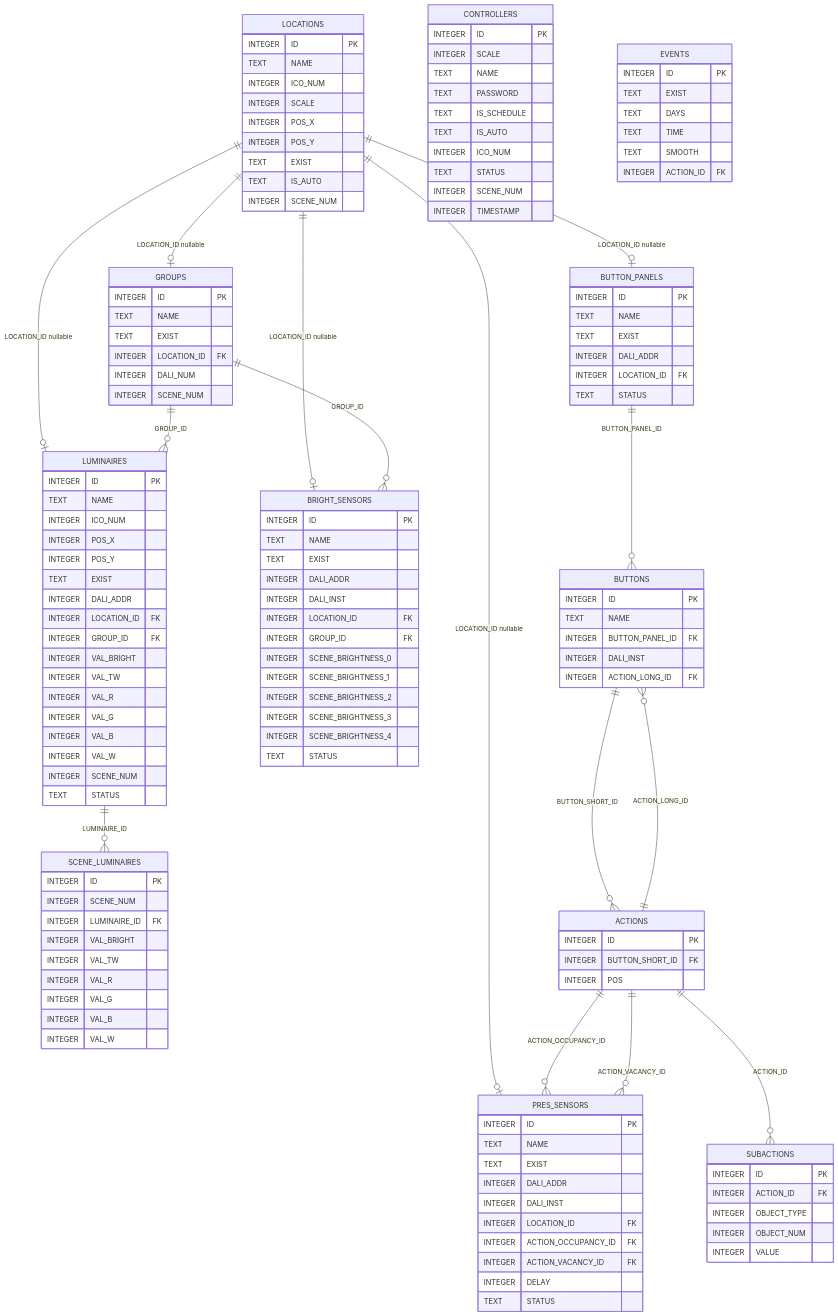
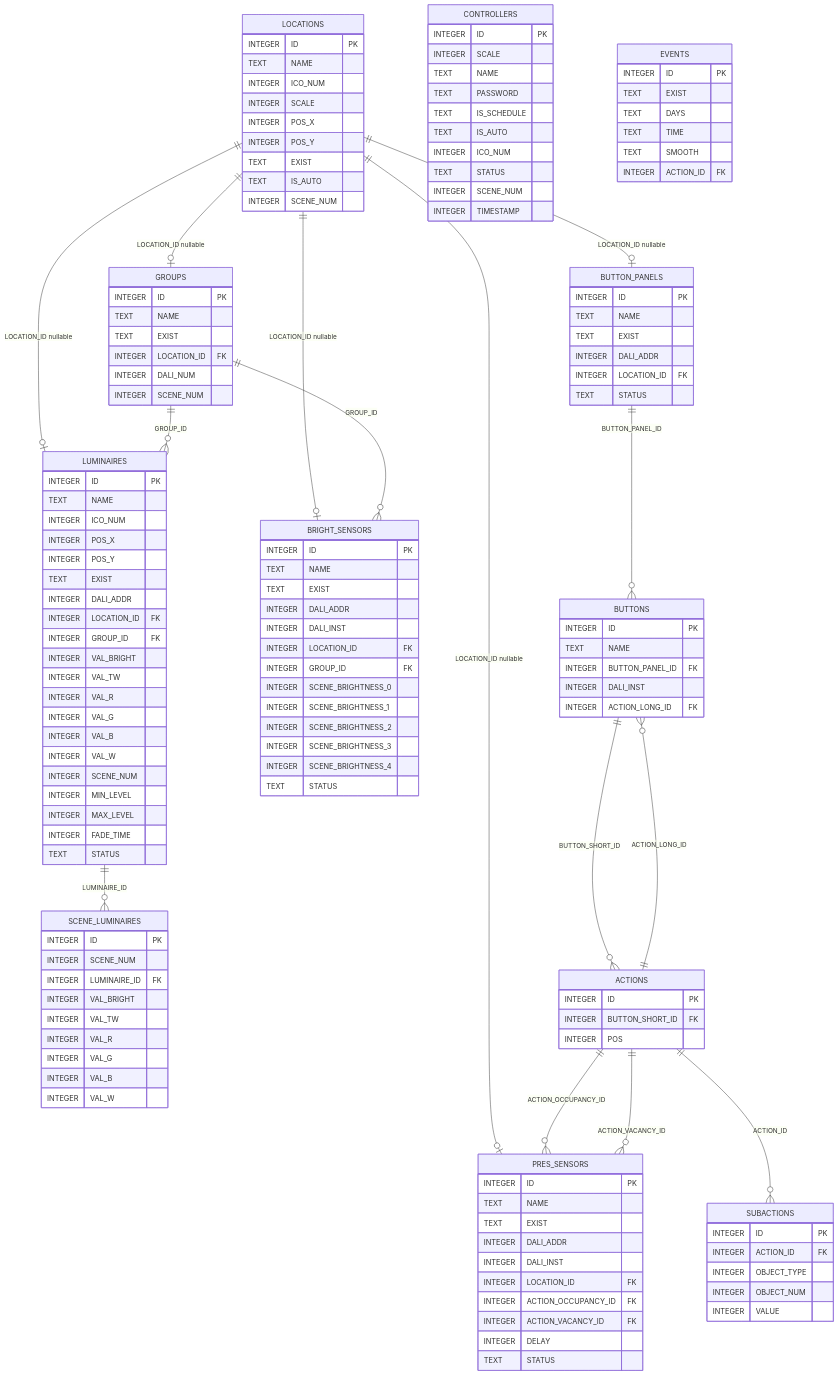
One commit to KhudyakovAlex/Synapse changed the diagram in PDS/SynapsePDS_APP_DB_scheme.md. Above: the diagram before and after it, drawn with Mermaid. The commit also changed other lines of this file and 14 other files, not shown here.

Commit message:
Add MIN_LEVEL, MAX_LEVEL, FADE_TIME fields to LUMINAIRES table

```diff
--- a/PDS/SynapsePDS_APP_DB_scheme.md
+++ b/PDS/SynapsePDS_APP_DB_scheme.md
@@ -72,6 +72,9 @@
         INTEGER VAL_B
         INTEGER VAL_W
         INTEGER SCENE_NUM
+        INTEGER MIN_LEVEL
+        INTEGER MAX_LEVEL
+        INTEGER FADE_TIME
         TEXT STATUS
     }
 
```
